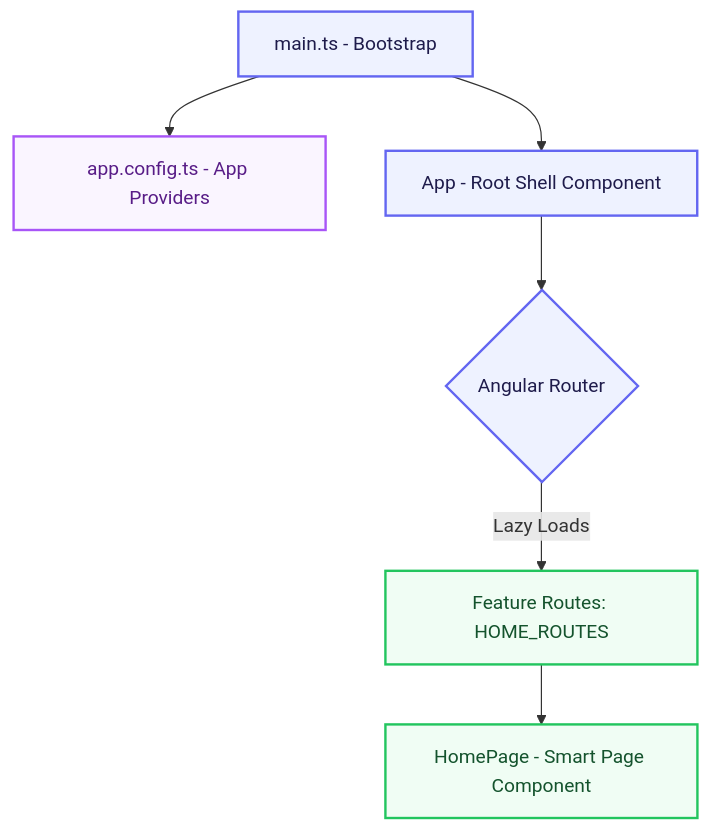
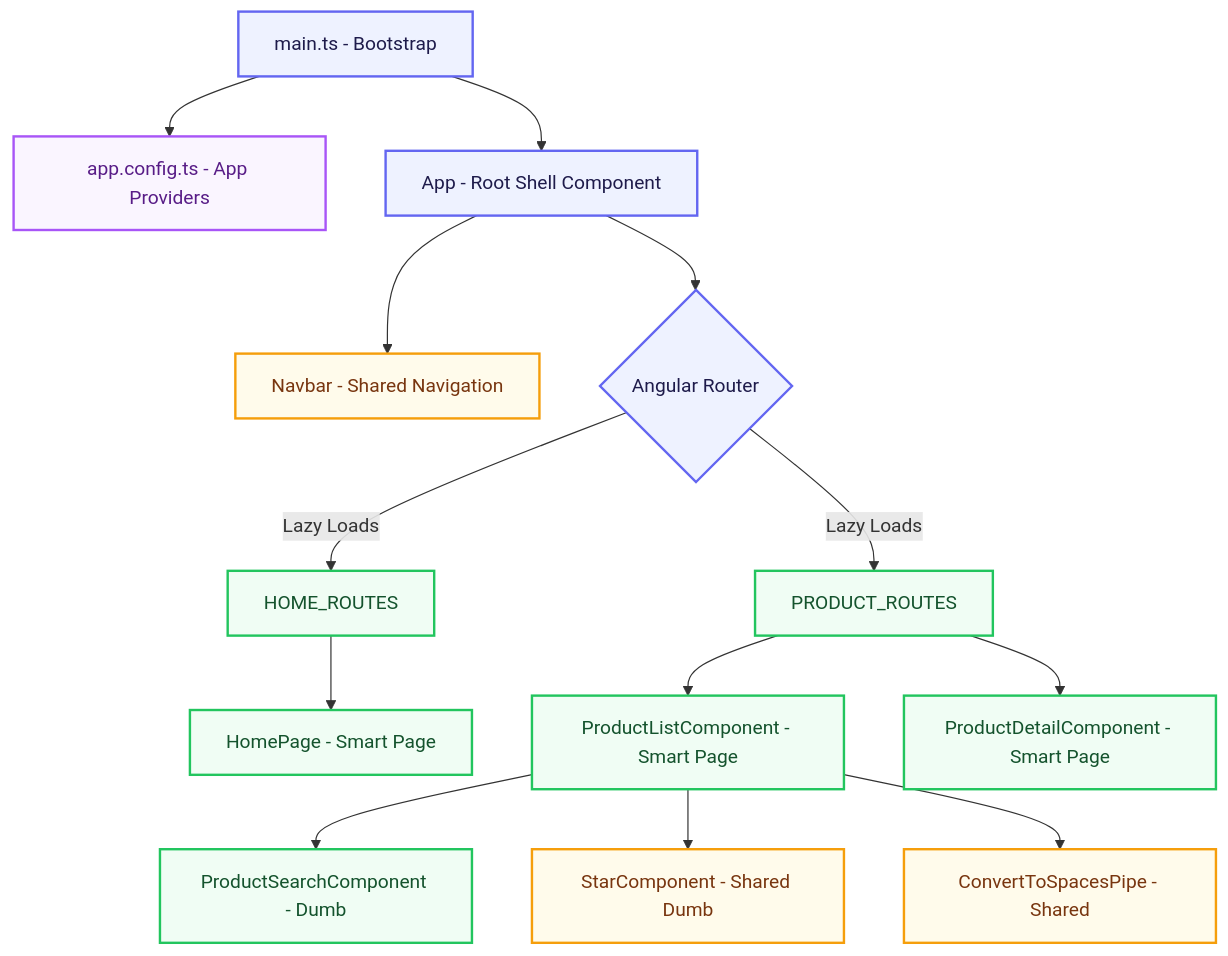
The first of 5 diagrams in docs/architecture/current-architecture.md (sigmakumarwadbude/angular20-apm-modern-learning), drawn with Mermaid before and after one commit. The commit also changed other lines of this file, not shown here.

Commit message:
docs: add architecture design documentation for Angular 20 application

````diff
--- a/docs/architecture/current-architecture.md
+++ b/docs/architecture/current-architecture.md
@@ -15,12 +15,20 @@
 ```mermaid
 graph TD
     classDef main fill:#eef2ff,stroke:#6366f1,stroke-width:2px,color:#1e1b4b;
     classDef feature fill:#f0fdf4,stroke:#22c55e,stroke-width:2px,color:#14532d;
+    classDef shared fill:#fffbeb,stroke:#f59e0b,stroke-width:2px,color:#78350f;
     classDef config fill:#faf5ff,stroke:#a855f7,stroke-width:2px,color:#581c87;
 
     A[main.ts - Bootstrap]:::main --> B[app.config.ts - App Providers]:::config
     A --> C[App - Root Shell Component]:::main
+    C --> NAV[Navbar - Shared Navigation]:::shared
     C --> D{Angular Router}:::main
-    D -->|Lazy Loads| E[Feature Routes: HOME_ROUTES]:::feature
-    E --> F[HomePage - Smart Page Component]:::feature
+    D -->|Lazy Loads| E[HOME_ROUTES]:::feature
+    D -->|Lazy Loads| F[PRODUCT_ROUTES]:::feature
+    E --> G[HomePage - Smart Page]:::feature
+    F --> H[ProductListComponent - Smart Page]:::feature
+    F --> I[ProductDetailComponent - Smart Page]:::feature
+    H --> PS[ProductSearchComponent - Dumb]:::feature
+    H --> STAR[StarComponent - Shared Dumb]:::shared
+    H --> PIPE[ConvertToSpacesPipe - Shared]:::shared
 ```
````
